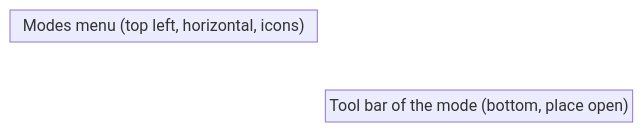
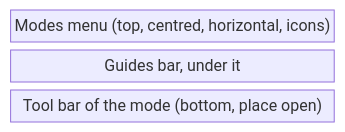
One commit to AlexandreGallais/synoptic-studio-spec changed the second of 3 diagrams in symbols/03-editor/README.md. Above: the diagram before and after it, drawn with Mermaid. The commit also changed other lines of this file and 11 other files, not shown here.

First line of the commit message:
docs(symbols): animation panel as a sentence, way back from a mode, centred modes menu

````diff
--- a/symbols/03-editor/README.md
+++ b/symbols/03-editor/README.md
@@ -27,7 +27,7 @@
 ```mermaid
 block-beta
     columns 3
-    modes["Modes menu (top left, horizontal, icons)"] space:2
-    space:3
+    space modes["Modes menu (top, centred, horizontal, icons)"] space
+    space guides["Guides bar, under it"] space
     space tools["Tool bar of the mode (bottom, place open)"] space
 ```
````
